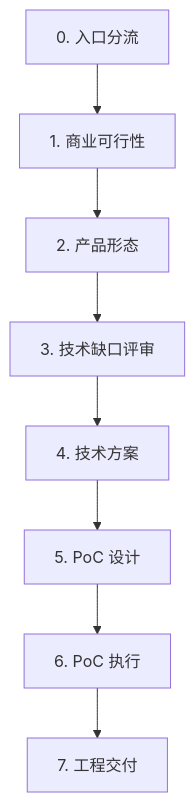
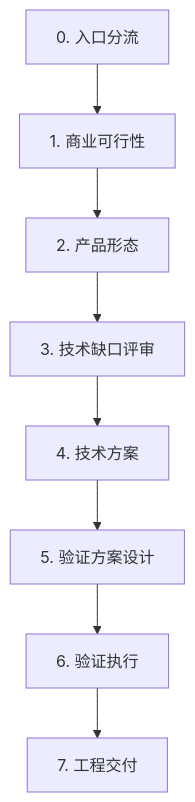
The diagram in skills/spec-intake/README.md (stardustai/stardust-skills), drawn with Mermaid before and after one commit. The commit also changed other lines of this file and 22 other files, not shown here.

````diff
--- a/skills/spec-intake/README.md
+++ b/skills/spec-intake/README.md
@@ -34,12 +36,12 @@
 ```mermaid
 flowchart TD
   A["0. 入口分流"]
   B["1. 商业可行性"]
   C["2. 产品形态"]
   D["3. 技术缺口评审"]
   E["4. 技术方案"]
-  F["5. PoC 设计"]
-  G["6. PoC 执行"]
+  F["5. 验证方案设计"]
+  G["6. 验证执行"]
   H["7. 工程交付"]
   A --> B --> C --> D --> E --> F --> G --> H
 ```
````
